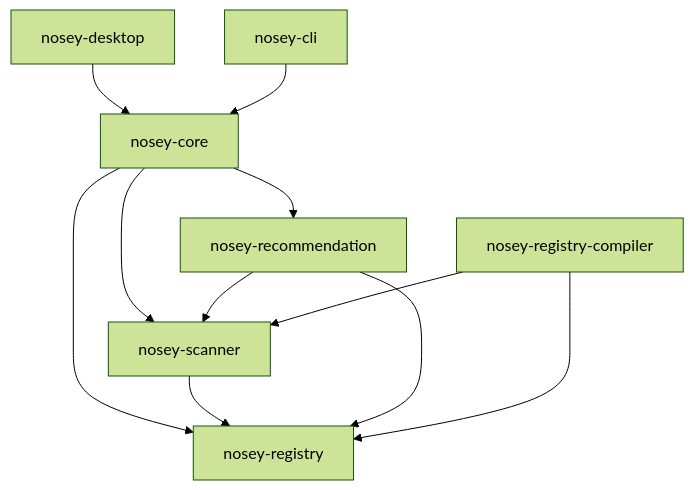
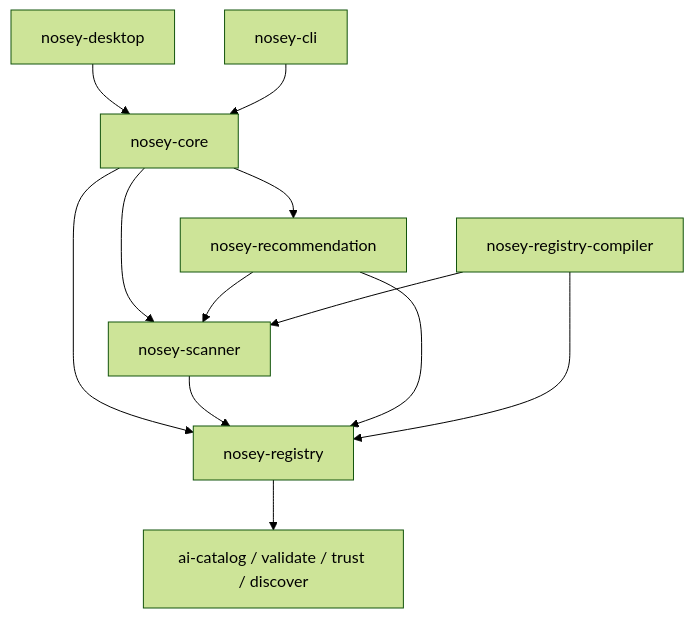
Before and after one commit to rigerc/nosey-rs: the diagram in docs/nosey-plan/04-rust-workspace-and-architecture.md, drawn with Mermaid (forest theme). The commit also changed other lines of this file and 12 other files, not shown here.

````diff
--- a/docs/nosey-plan/04-rust-workspace-and-architecture.md
+++ b/docs/nosey-plan/04-rust-workspace-and-architecture.md
@@ -50,13 +50,14 @@
 ```mermaid
 flowchart TD
     D[nosey-desktop] --> C[nosey-core]
     L[nosey-cli] --> C
     C --> R[nosey-registry]
     C --> S[nosey-scanner]
     C --> M[nosey-recommendation]
     S --> R
     M --> R
     M --> S
     B[nosey-registry-compiler] --> R
     B --> S
+    R --> A[ai-catalog / validate / trust / discover]
 ```
````
